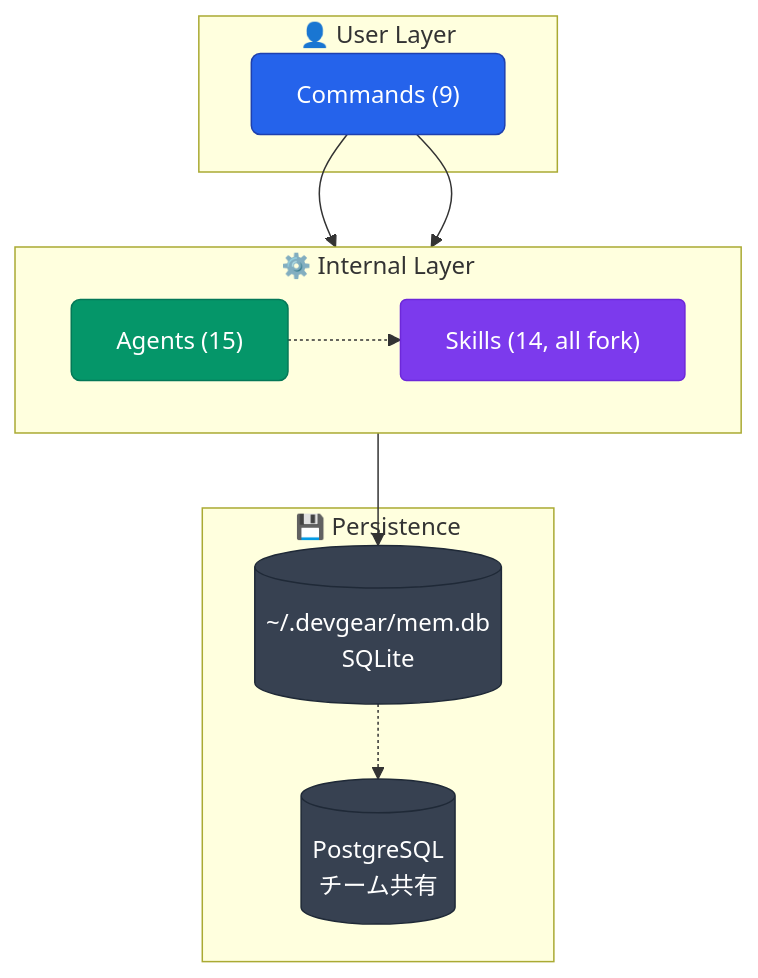
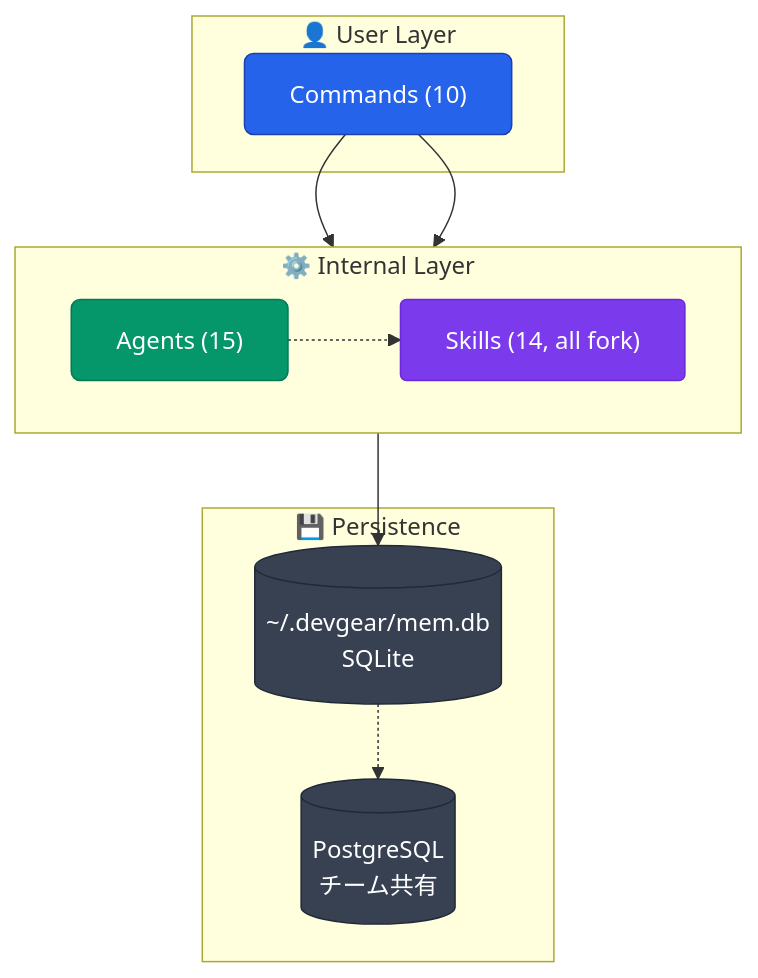
One commit to aokumablue/devgear changed diagram 12 of 12 in plugins/devgear/README.md. Above: the diagram before and after it, drawn with Mermaid. The commit also changed other lines of this file and 2 other files, not shown here.

````diff
--- a/plugins/devgear/README.md
+++ b/plugins/devgear/README.md
@@ -275,28 +302,28 @@
 ```mermaid
 flowchart TB
   classDef cmd    fill:#2563eb,stroke:#1e40af,color:#fff,rx:6
   classDef agent  fill:#059669,stroke:#047857,color:#fff,rx:6
   classDef skill  fill:#7c3aed,stroke:#6d28d9,color:#fff,rx:4
   classDef store  fill:#374151,stroke:#1f2937,color:#fff,rx:4
 
   subgraph user["👤 User Layer"]
-    CMD["Commands (9)"]:::cmd
+    CMD["Commands (10)"]:::cmd
   end
 
   subgraph internal["⚙️ Internal Layer"]
     direction LR
     AGT["Agents (15)"]:::agent
     SKL["Skills (14, all fork)"]:::skill
   end
 
   subgraph persistence["💾 Persistence"]
     DB[("~/.devgear/mem.db\nSQLite")]:::store
     PG[("PostgreSQL\nチーム共有")]:::store
   end
 
   CMD --> AGT
   CMD --> SKL
   AGT -.-> SKL
   AGT --> DB
   DB -.-> PG
 ```
````
